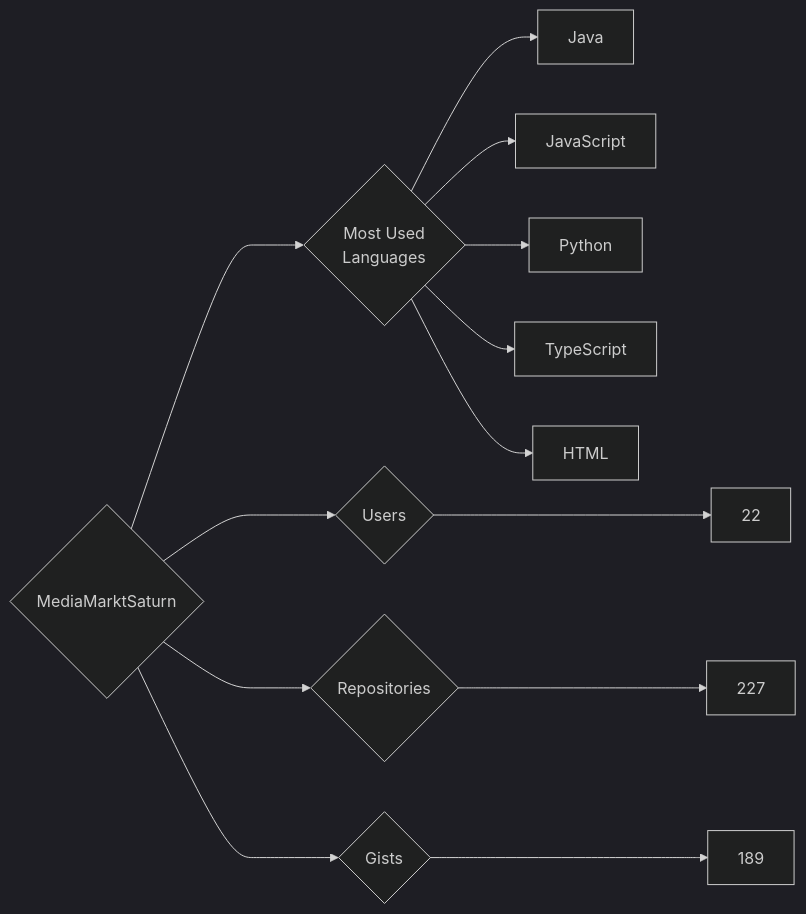
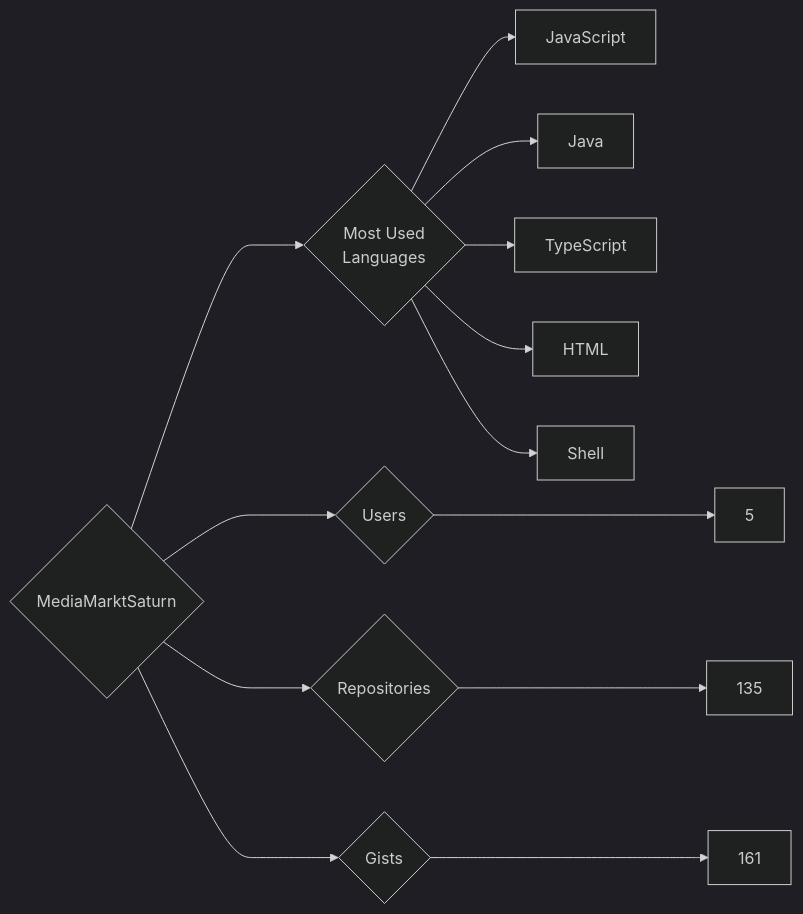
The diagram in targets/MediaMarktSaturn/README.md (trickest/insiders), drawn with Mermaid (dark theme) before and after one commit. The commit also changed 928 other files, not shown here.

````diff
--- a/targets/MediaMarktSaturn/README.md
+++ b/targets/MediaMarktSaturn/README.md
@@ -3,13 +3,13 @@
 ```mermaid
 graph LR
 COMPANY_NAME{MediaMarktSaturn}
-COMPANY_NAME ---> U{Users} ---> UN[22]
-COMPANY_NAME ---> R{Repositories} ---> RN[227]
-COMPANY_NAME ---> G{Gists} ---> GN[189]
+COMPANY_NAME ---> U{Users} ---> UN[5]
+COMPANY_NAME ---> R{Repositories} ---> RN[135]
+COMPANY_NAME ---> G{Gists} ---> GN[161]
 COMPANY_NAME ---> ML{Most Used<br>Languages}
+ML --> JavaScript[JavaScript]
 ML --> Java[Java]
-ML --> JavaScript[JavaScript]
-ML --> Python[Python]
 ML --> TypeScript[TypeScript]
 ML --> HTML[HTML]
+ML --> Shell[Shell]
 ```
````
